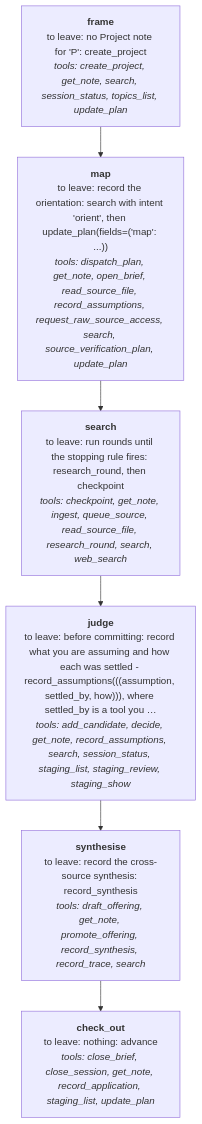
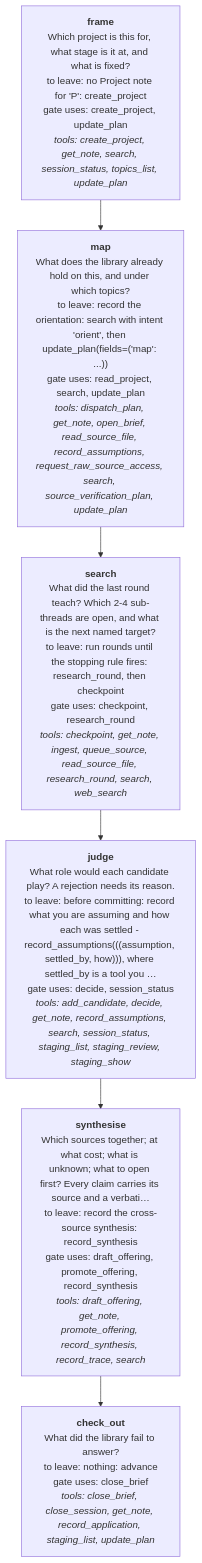
One commit to Jake36999/Librarian_V2 changed the fourth of 24 diagrams in reports/2026-11-20-workflow-map/WORKFLOW-MAP.md. Above: the diagram before and after it, drawn with Mermaid. The commit also changed other lines of this file and 11 other files, not shown here.

````diff
--- a/reports/2026-11-20-workflow-map/WORKFLOW-MAP.md
+++ b/reports/2026-11-20-workflow-map/WORKFLOW-MAP.md
@@ -66,14 +66,14 @@
 ```mermaid
 flowchart TD
-  p0["<b>frame</b><br/>to leave: no Project note for 'P': create_project<br/><i>tools: create_project, get_note, search, session_status, topics_list, update_plan</i>"]
-  p1["<b>map</b><br/>to leave: record the orientation: search with intent 'orient', then update_plan(fields=('map': ...))<br/><i>tools: dispatch_plan, get_note, open_brief, read_source_file, record_assumptions, request_raw_source_access, search, source_verification_plan, update_plan</i>"]
+  p0["<b>frame</b><br/>Which project is this for, what stage is it at, and what is fixed?<br/>to leave: no Project note for 'P': create_project<br/>gate uses: create_project, update_plan<br/><i>tools: create_project, get_note, search, session_status, topics_list, update_plan</i>"]
+  p1["<b>map</b><br/>What does the library already hold on this, and under which topics?<br/>to leave: record the orientation: search with intent 'orient', then update_plan(fields=('map': ...))<br/>gate uses: read_project, search, update_plan<br/><i>tools: dispatch_plan, get_note, open_brief, read_source_file, record_assumptions, request_raw_source_access, search, source_verification_plan, update_plan</i>"]
   p0 --> p1
-  p2["<b>search</b><br/>to leave: run rounds until the stopping rule fires: research_round, then checkpoint<br/><i>tools: checkpoint, get_note, ingest, queue_source, read_source_file, research_round, search, web_search</i>"]
+  p2["<b>search</b><br/>What did the last round teach? Which 2-4 sub-threads are open, and what is the next named target?<br/>to leave: run rounds until the stopping rule fires: research_round, then checkpoint<br/>gate uses: checkpoint, research_round<br/><i>tools: checkpoint, get_note, ingest, queue_source, read_source_file, research_round, search, web_search</i>"]
   p1 --> p2
-  p3["<b>judge</b><br/>to leave: before committing: record what you are assuming and how each was settled - record_assumptions(((assumption, settled_by, how))), where settled_by is a tool you …<br/><i>tools: add_candidate, decide, get_note, record_assumptions, search, session_status, staging_list, staging_review, staging_show</i>"]
+  p3["<b>judge</b><br/>What role would each candidate play? A rejection needs its reason.<br/>to leave: before committing: record what you are assuming and how each was settled - record_assumptions(((assumption, settled_by, how))), where settled_by is a tool you …<br/>gate uses: decide, session_status<br/><i>tools: add_candidate, decide, get_note, record_assumptions, search, session_status, staging_list, staging_review, staging_show</i>"]
   p2 --> p3
-  p4["<b>synthesise</b><br/>to leave: record the cross-source synthesis: record_synthesis<br/><i>tools: draft_offering, get_note, promote_offering, record_synthesis, record_trace, search</i>"]
+  p4["<b>synthesise</b><br/>Which sources together; at what cost; what is unknown; what to open first? Every claim carries its source and a verbati…<br/>to leave: record the cross-source synthesis: record_synthesis<br/>gate uses: draft_offering, promote_offering, record_synthesis<br/><i>tools: draft_offering, get_note, promote_offering, record_synthesis, record_trace, search</i>"]
   p3 --> p4
-  p5["<b>check_out</b><br/>to leave: nothing: advance<br/><i>tools: close_brief, close_session, get_note, record_application, staging_list, update_plan</i>"]
+  p5["<b>check_out</b><br/>What did the library fail to answer?<br/>to leave: nothing: advance<br/>gate uses: close_brief<br/><i>tools: close_brief, close_session, get_note, record_application, staging_list, update_plan</i>"]
   p4 --> p5
 ```
````
